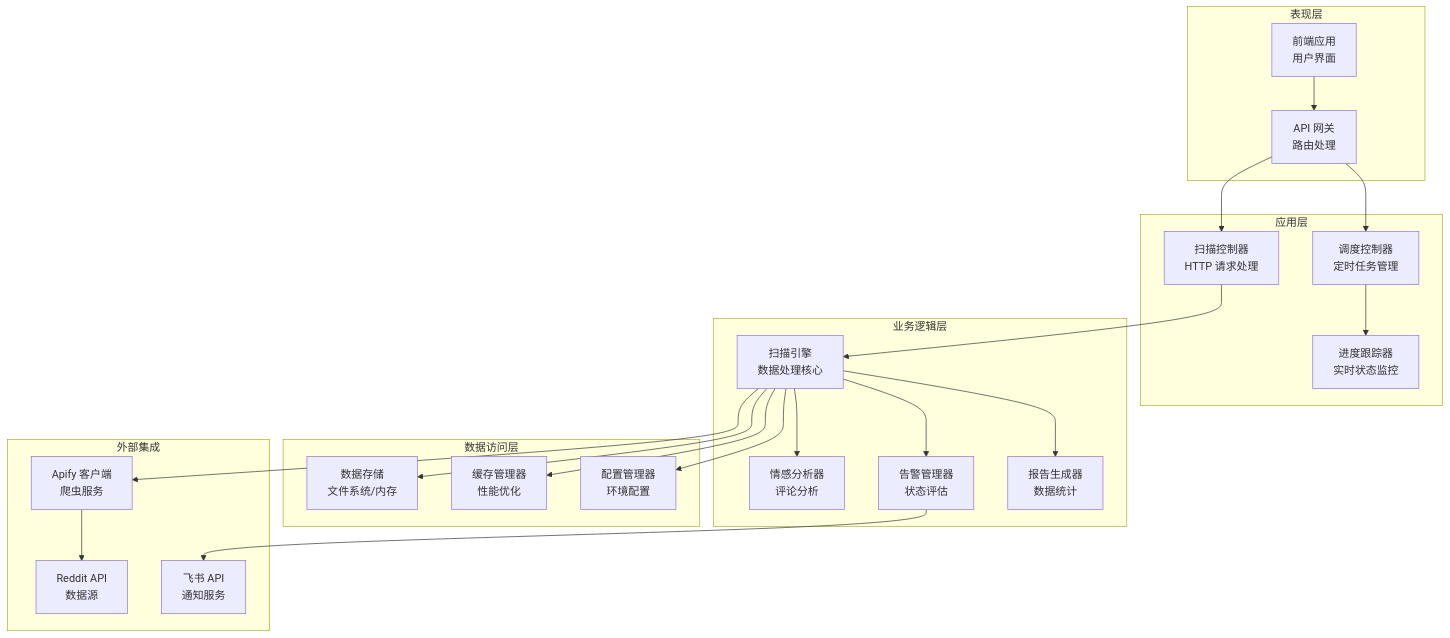
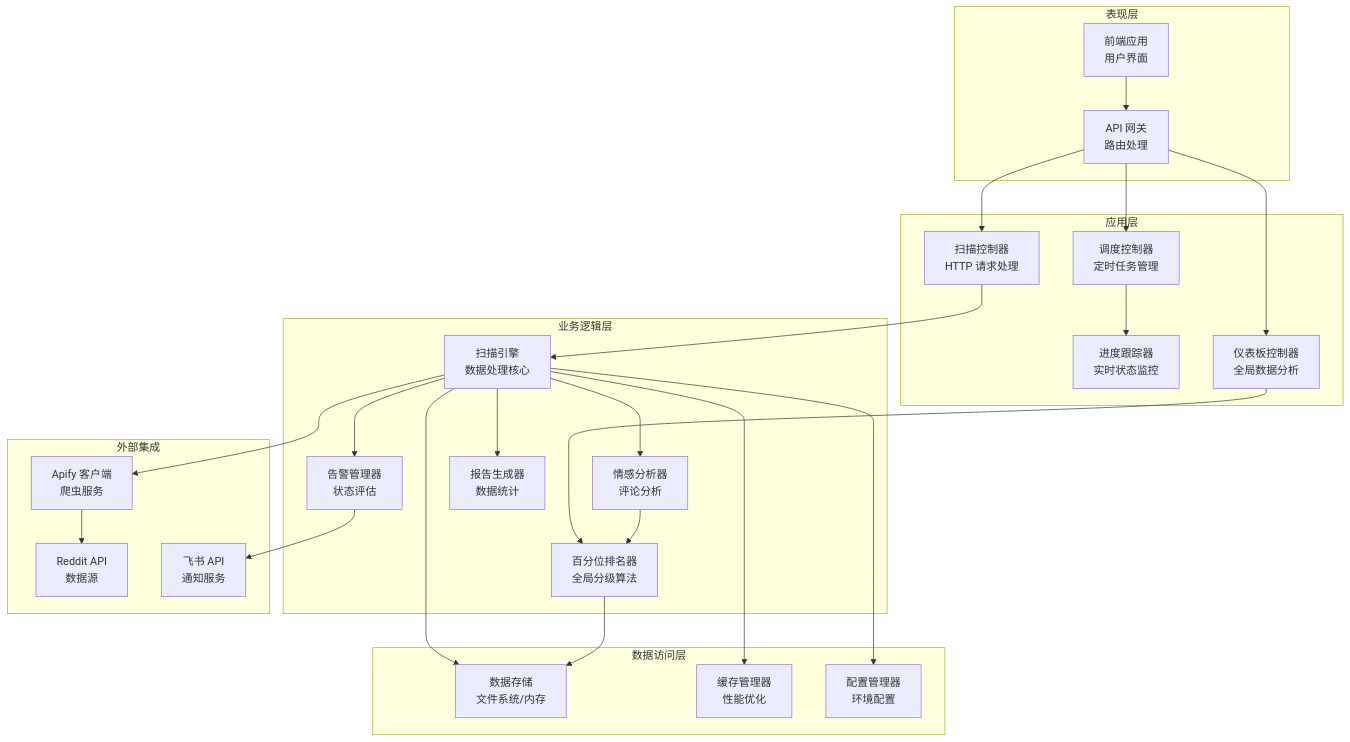
One commit to zezzezzez/reddit changed the fifth of 12 diagrams in .qoder/repowiki/zh/content/API 接口文档/扫描控制 API.md. Above: the diagram before and after it, drawn with Mermaid. The commit also changed other lines of this file and 21 other files, not shown here.

````diff
--- a/.qoder/repowiki/zh/content/API 接口文档/扫描控制 API.md
+++ b/.qoder/repowiki/zh/content/API 接口文档/扫描控制 API.md
@@ -207,42 +249,48 @@
 ```mermaid
 graph TB
 subgraph "表现层"
 Frontend[前端应用<br/>用户界面]
 API[API 网关<br/>路由处理]
 end
 subgraph "应用层"
 ScanController[扫描控制器<br/>HTTP 请求处理]
 ScheduleController[调度控制器<br/>定时任务管理]
 ProgressTracker[进度跟踪器<br/>实时状态监控]
+DashboardController[仪表板控制器<br/>全局数据分析]
 end
 subgraph "业务逻辑层"
 ScanEngine[扫描引擎<br/>数据处理核心]
 SentimentAnalyzer[情感分析器<br/>评论分析]
 AlertManager[告警管理器<br/>状态评估]
 ReportGenerator[报告生成器<br/>数据统计]
+PercentileRanker[百分位排名器<br/>全局分级算法]
 end
 subgraph "数据访问层"
 DataStore[数据存储<br/>文件系统/内存]
 CacheManager[缓存管理器<br/>性能优化]
 ConfigManager[配置管理器<br/>环境配置]
 end
 subgraph "外部集成"
 ApifyClient[Apify 客户端<br/>爬虫服务]
 RedditAPI[Reddit API<br/>数据源]
 FeishuAPI[飞书 API<br/>通知服务]
 end
 Frontend --> API
 API --> ScanController
 API --> ScheduleController
+API --> DashboardController
 ScanController --> ScanEngine
 ScheduleController --> ProgressTracker
+DashboardController --> PercentileRanker
 ScanEngine --> SentimentAnalyzer
 ScanEngine --> AlertManager
 ScanEngine --> ReportGenerator
 ScanEngine --> DataStore
 ScanEngine --> CacheManager
 ScanEngine --> ConfigManager
 ScanEngine --> ApifyClient
+SentimentAnalyzer --> PercentileRanker
+PercentileRanker --> DataStore
 ApifyClient --> RedditAPI
 AlertManager --> FeishuAPI
 ```
````
